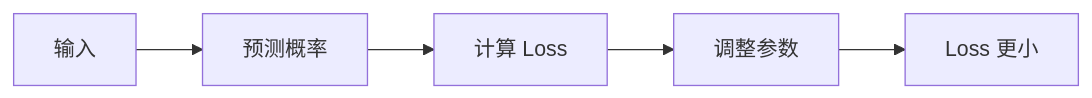
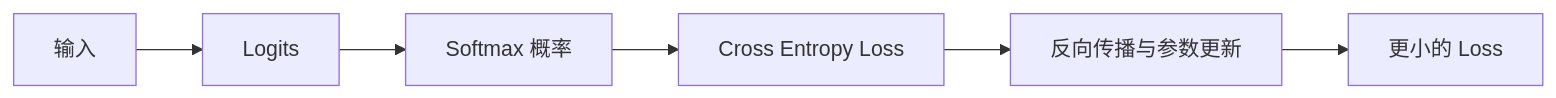
The eighth of 9 diagrams in 1. LLM基础/4. 神经网络——从神经元到 MLP.md (AI-learning-simple/Build-Your-Own-LLM), drawn with Mermaid before and after one commit. The commit also changed other lines of this file and 60 other files, not shown here.

````diff
--- a/1. LLM基础/4. 神经网络——从神经元到 MLP.md
+++ b/1. LLM基础/4. 神经网络——从神经元到 MLP.md
@@ -553,4 +346,7 @@
 ```mermaid
 flowchart LR
-    A[输入] --> B[预测概率] --> C["计算 Loss"] --> D[调整参数] --> E["Loss 更小"]
+    A[输入] --> B[Logits] --> C[Softmax 概率]
+    C --> D[Cross Entropy Loss]
+    D --> E[反向传播与参数更新]
+    E --> F[更小的 Loss]
 ```
````
